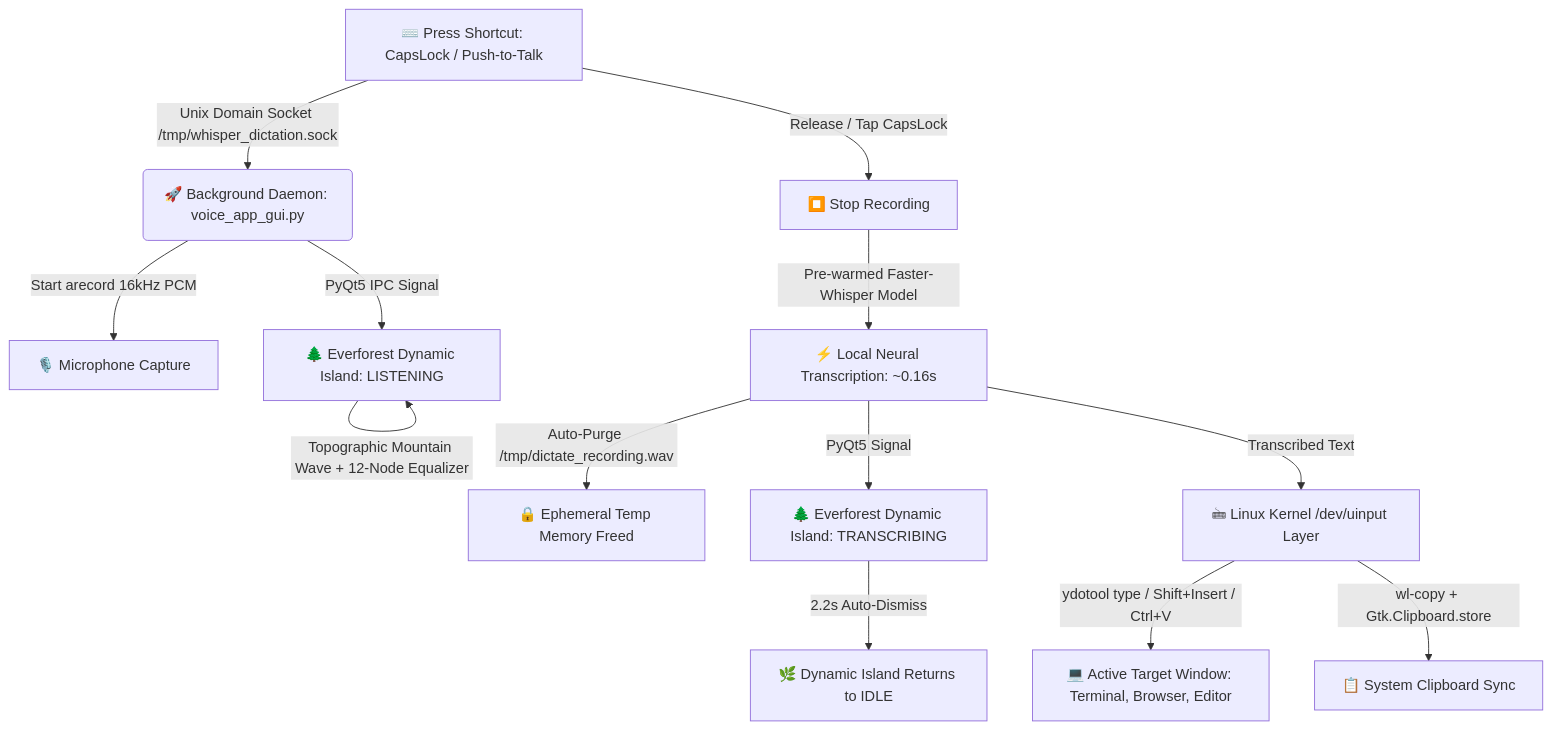
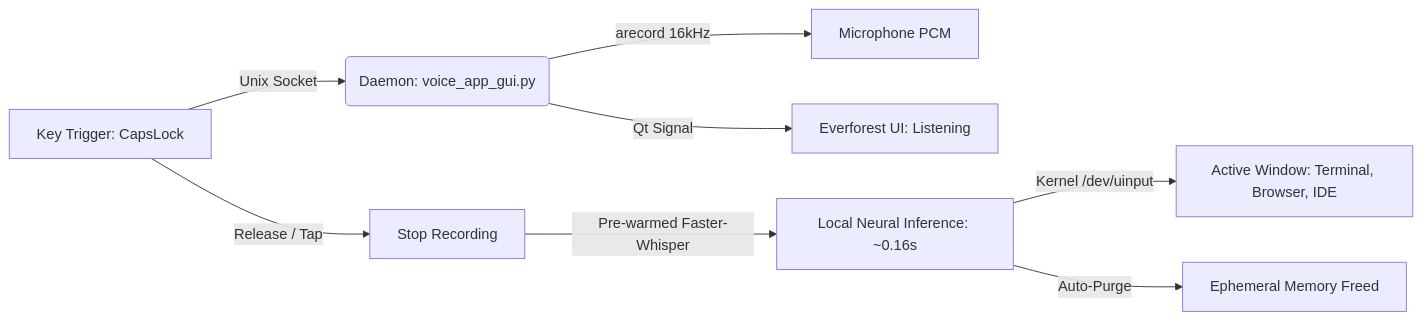
One commit to MrFaraidun/everforest-whisper-dictation changed the diagram in README.md. Above: the diagram before and after it, drawn with Mermaid. The commit also changed other lines of this file, not shown here.

````diff
--- a/README.md
+++ b/README.md
@@ -59,18 +43,11 @@
 ```mermaid
-flowchart TD
-    A[⌨️ Press Shortcut: CapsLock / Push-to-Talk] -->|Unix Domain Socket /tmp/whisper_dictation.sock| B(🚀 Background Daemon: voice_app_gui.py)
-    B -->|Start arecord 16kHz PCM| C[🎙️ Microphone Capture]
-    B -->|PyQt5 IPC Signal| D[🌲 Everforest Dynamic Island: LISTENING]
-    D -->|Topographic Mountain Wave + 12-Node Equalizer| D
+flowchart LR
+    A[Key Trigger: CapsLock] -->|Unix Socket| B(Daemon: voice_app_gui.py)
+    B -->|arecord 16kHz| C[Microphone PCM]
+    B -->|Qt Signal| D[Everforest UI: Listening]
     
-    A -->|Release / Tap CapsLock| E[⏹️ Stop Recording]
-    E -->|Pre-warmed Faster-Whisper Model| F[⚡ Local Neural Transcription: ~0.16s]
-    F -->|PyQt5 Signal| G[🌲 Everforest Dynamic Island: TRANSCRIBING]
-    
-    F -->|Transcribed Text| H[🖮 Linux Kernel /dev/uinput Layer]
-    H -->|ydotool type / Shift+Insert / Ctrl+V| I[💻 Active Target Window: Terminal, Browser, Editor]
-    H -->|wl-copy + Gtk.Clipboard.store| J[📋 System Clipboard Sync]
-    
-    F -->|Auto-Purge /tmp/dictate_recording.wav| K[🔒 Ephemeral Temp Memory Freed]
-    G -->|2.2s Auto-Dismiss| L[🌿 Dynamic Island Returns to IDLE]
+    A -->|Release / Tap| E[Stop Recording]
+    E -->|Pre-warmed Faster-Whisper| F[Local Neural Inference: ~0.16s]
+    F -->|Kernel /dev/uinput| G[Active Window: Terminal, Browser, IDE]
+    F -->|Auto-Purge| H[Ephemeral Memory Freed]
 ```
````
